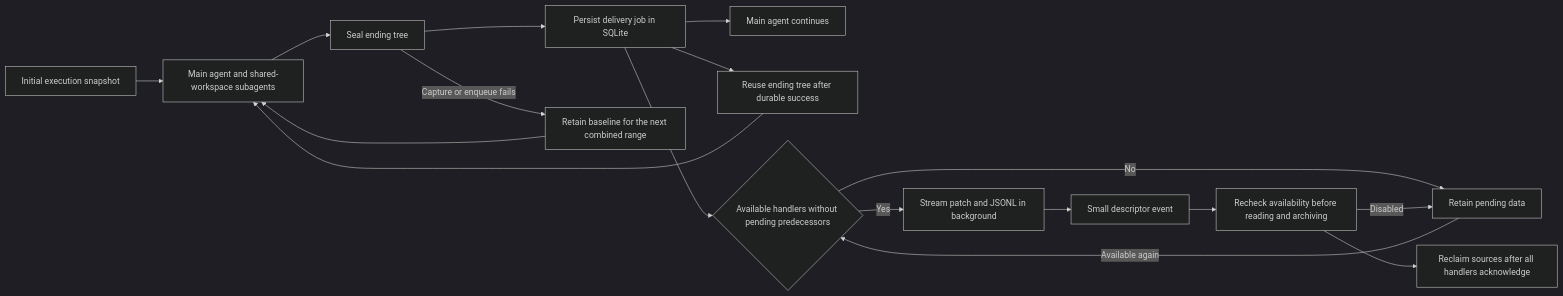
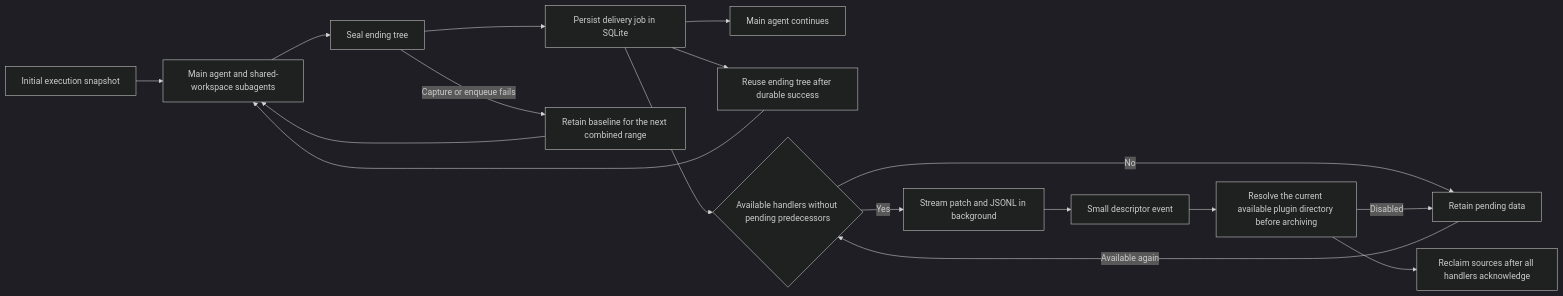
The second of 6 diagrams in docs/en/wegent/developer-guide/architecture.md (wecode-ai/Wegent), drawn with Mermaid (dark theme) before and after one commit. The commit also changed other lines of this file and 4 other files, not shown here.

Commit message:
fix(hooks): resolve current plugin paths for pending deliveries

````diff
--- a/docs/en/wegent/developer-guide/architecture.md
+++ b/docs/en/wegent/developer-guide/architecture.md
@@ -414,19 +416,19 @@
 ```mermaid
 flowchart LR
     A[Initial execution snapshot] --> B[Main agent and shared-workspace subagents]
     B --> C[Seal ending tree]
     C --> D[Persist delivery job in SQLite]
     D --> E[Main agent continues]
     D --> L[Reuse ending tree after durable success]
     L --> B
     C -->|Capture or enqueue fails| M[Retain baseline for the next combined range]
     M --> B
     D --> J{Available handlers without pending predecessors}
     J -->|Yes| F[Stream patch and JSONL in background]
     J -->|No| K[Retain pending data]
     K -->|Available again| J
     F --> G[Small descriptor event]
-    G --> H[Recheck availability before reading and archiving]
+    G --> H[Resolve the current available plugin directory before archiving]
     H -->|Disabled| K
     H --> I[Reclaim sources after all handlers acknowledge]
 ```
````
